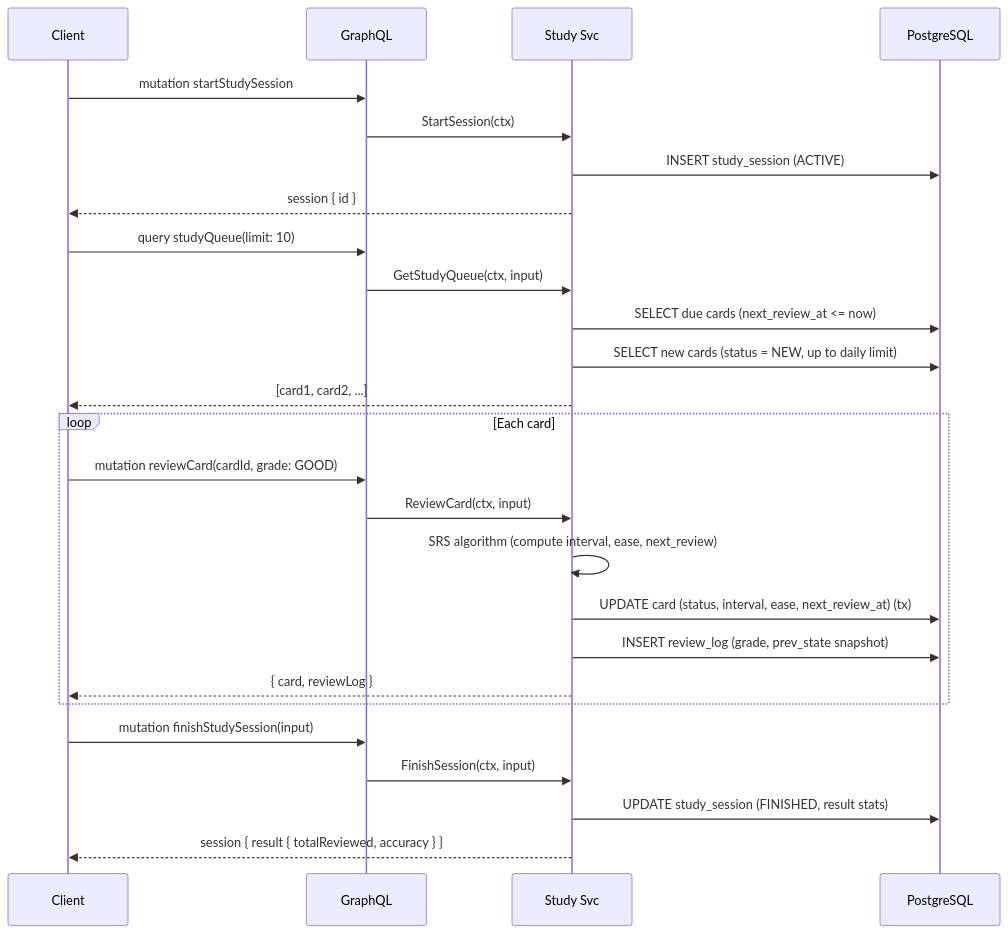
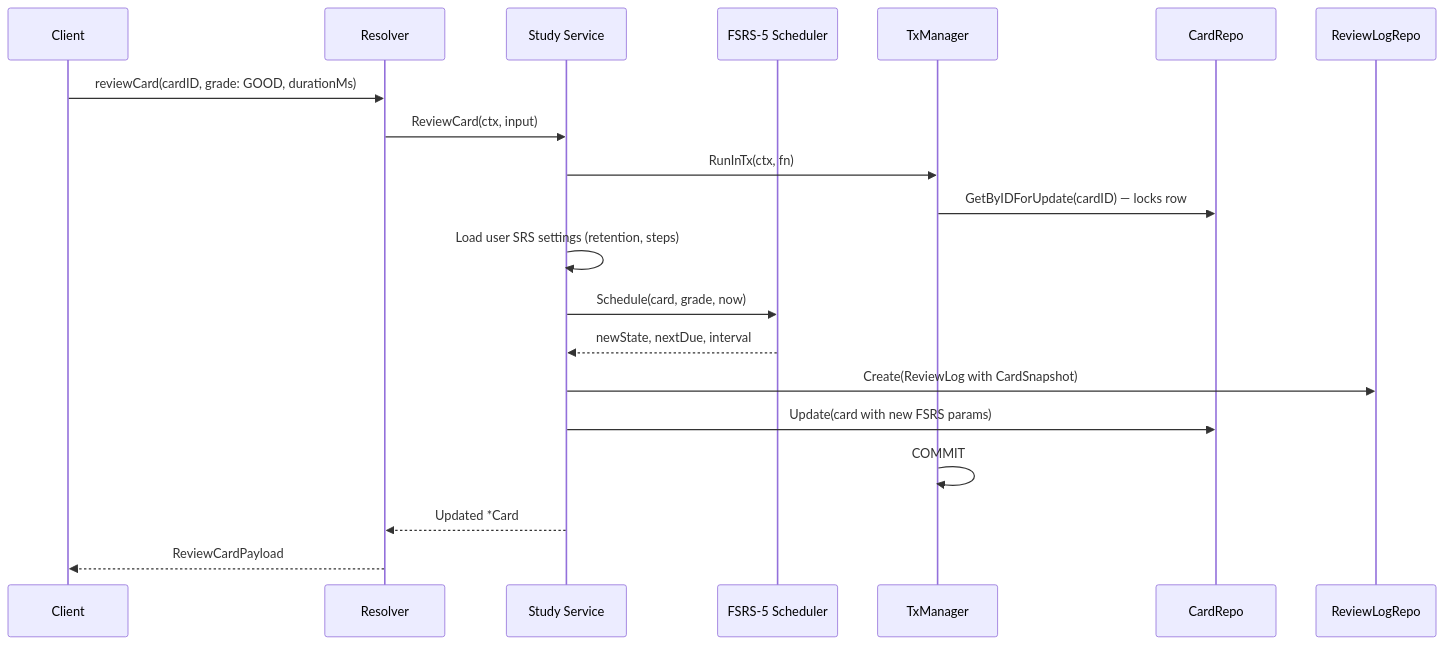
The third of 5 diagrams in backend_v4/docs/DATA_FLOW.md (heartmarshall/genius-disctionary-backend), drawn with Mermaid before and after one commit. The commit also changed other lines of this file and 26 other files, not shown here.

````diff
--- a/backend_v4/docs/DATA_FLOW.md
+++ b/backend_v4/docs/DATA_FLOW.md
@@ -52,32 +73,26 @@
 ```mermaid
 sequenceDiagram
     participant C as Client
-    participant GQL as GraphQL
-    participant Study as Study Svc
-    participant DB as PostgreSQL
+    participant GQL as Resolver
+    participant Study as Study Service
+    participant FSRS as FSRS-5 Scheduler
+    participant TX as TxManager
+    participant CR as CardRepo
+    participant RR as ReviewLogRepo
 
-    C->>GQL: mutation startStudySession
-    GQL->>Study: StartSession(ctx)
-    Study->>DB: INSERT study_session (ACTIVE)
-    Study-->>C: session { id }
+    C->>GQL: reviewCard(cardID, grade: GOOD, durationMs)
+    GQL->>Study: ReviewCard(ctx, input)
 
-    C->>GQL: query studyQueue(limit: 10)
-    GQL->>Study: GetStudyQueue(ctx, input)
-    Study->>DB: SELECT due cards (next_review_at <= now)
-    Study->>DB: SELECT new cards (status = NEW, up to daily limit)
-    Study-->>C: [card1, card2, ...]
+    Study->>TX: RunInTx(ctx, fn)
+    TX->>CR: GetByIDForUpdate(cardID) — locks row
+    Study->>Study: Load user SRS settings (retention, steps)
+    Study->>FSRS: Schedule(card, grade, now)
+    FSRS-->>Study: newState, nextDue, interval
 
-    loop Each card
-        C->>GQL: mutation reviewCard(cardId, grade: GOOD)
-        GQL->>Study: ReviewCard(ctx, input)
-        Study->>Study: SRS algorithm (compute interval, ease, next_review)
-        Study->>DB: UPDATE card (status, interval, ease, next_review_at) (tx)
-        Study->>DB: INSERT review_log (grade, prev_state snapshot)
-        Study-->>C: { card, reviewLog }
-    end
+    Study->>RR: Create(ReviewLog with CardSnapshot)
+    Study->>CR: Update(card with new FSRS params)
+    TX->>TX: COMMIT
 
-    C->>GQL: mutation finishStudySession(input)
-    GQL->>Study: FinishSession(ctx, input)
-    Study->>DB: UPDATE study_session (FINISHED, result stats)
-    Study-->>C: session { result { totalReviewed, accuracy } }
+    Study-->>GQL: Updated *Card
+    GQL-->>C: ReviewCardPayload
 ```
````
